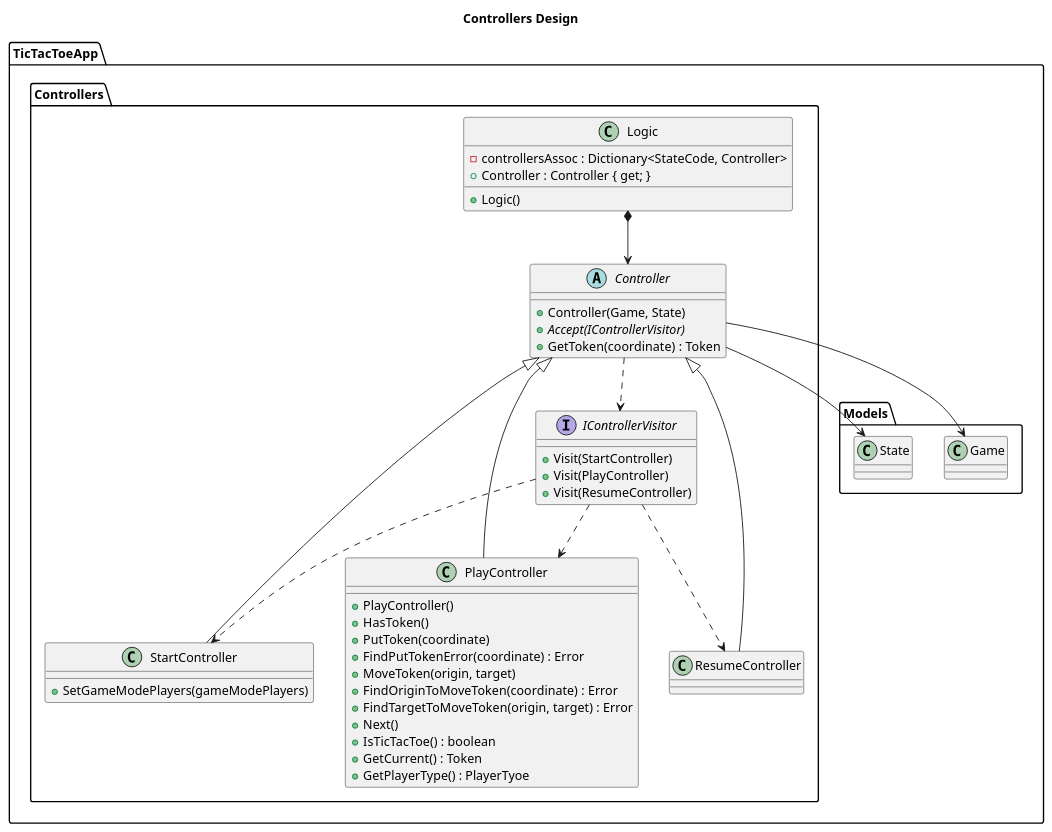
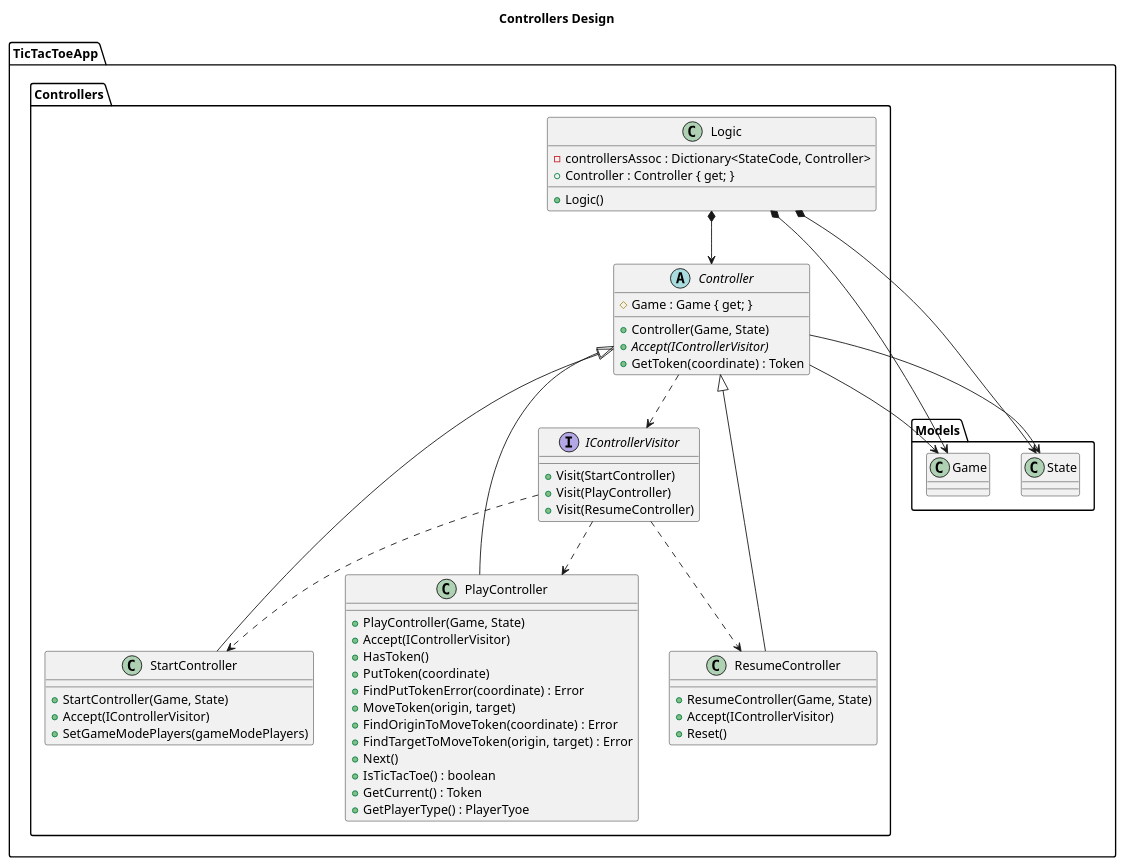
One commit to franpaulinoinfante/TicTacToe changed the seventh of 9 diagrams in Docs/Design.plantuml. Above: the diagram before and after it, drawn with PlantUML. The commit also changed other lines of this file and 29 other files, not shown here.

```diff
--- a/Docs/Design.plantuml
+++ b/Docs/Design.plantuml
@@ -269,63 +288,72 @@
 @startuml Controllers Design
     title Controllers Design
 
 package TicTacToeApp{
     namespace Controllers{
         abstract Controller{
             +Controller(Game, State)
+            #Game : Game { get; }
             +{abstract}Accept(IControllerVisitor)
             +GetToken(coordinate) : Token
         }
         Controller <|-- StartController
         Controller <|-- PlayController
         Controller <|-- ResumeController
         Controller ..> IControllerVisitor        
 
         class StartController{
+            +StartController(Game, State)
+            +Accept(IControllerVisitor)
             +SetGameModePlayers(gameModePlayers)
         }
         
         class PlayController{
-            +PlayController()
+            +PlayController(Game, State)
+            +Accept(IControllerVisitor)
             +HasToken()
             +PutToken(coordinate)
             +FindPutTokenError(coordinate) : Error
             +MoveToken(origin, target)
             +FindOriginToMoveToken(coordinate) : Error
             +FindTargetToMoveToken(origin, target) : Error
             +Next()
             +IsTicTacToe() : boolean
             +GetCurrent() : Token
             +GetPlayerType() : PlayerTyoe
         }
         
         class ResumeController{
-            
+            +ResumeController(Game, State)
+            +Accept(IControllerVisitor)
+            +Reset()
         }
 
         interface IControllerVisitor{
             +Visit(StartController)
             +Visit(PlayController)
             +Visit(ResumeController)
         }
         IControllerVisitor ..> StartController
         IControllerVisitor ..> PlayController
         IControllerVisitor ..> ResumeController
 
         class Logic{
             -controllersAssoc : Dictionary<StateCode, Controller>
             +Controller : Controller { get; }
             +Logic()
         }
         Logic *--> Controller
 
     }
 
     namespace Models{
 
     }
 
     Controllers.Controller --> Models.Game
     Controllers.Controller --> Models.State
+
+    Controllers.Logic *--> Models.Game
+    Controllers.Logic *--> Models.State
 }
 @enduml
```
